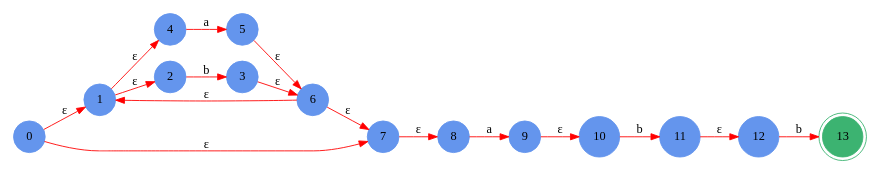
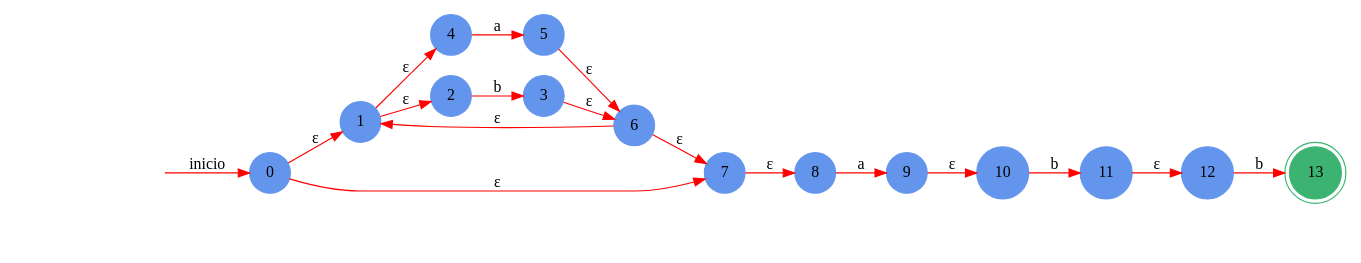
One commit to fcpauldiaz-archive/Automata changed the diagram in GeneracionAutomatas/afn.dot. Above: the diagram before and after it, drawn with Graphviz. The commit also changed 13 other files, not shown here.

```diff
--- a/GeneracionAutomatas/afn.dot
+++ b/GeneracionAutomatas/afn.dot
@@ -1,23 +1,26 @@
 digraph automata_finito {
 	rankdir=LR;
-	size="9,5"
+	size="14,5"
 	node [shape=doublecircle, style = filled,color = mediumseagreen]; 13;
 	node [shape=circle];
 	node [color=cornflowerblue];
-	edge [color=red]	0 -> 1 [label="ε"];
+	edge [color=red];
+	 secret_node [style=invis];
+	secret_node -> 0 [label="inicio"];
+	0 -> 1 [label="ε"];
 	0 -> 7 [label="ε"];
 	1 -> 4 [label="ε"];
 	1 -> 2 [label="ε"];
 	2 -> 3 [label="b"];
 	3 -> 6 [label="ε"];
 	4 -> 5 [label="a"];
 	5 -> 6 [label="ε"];
 	6 -> 1 [label="ε"];
 	6 -> 7 [label="ε"];
 	7 -> 8 [label="ε"];
 	8 -> 9 [label="a"];
 	9 -> 10 [label="ε"];
 	10 -> 11 [label="b"];
 	11 -> 12 [label="ε"];
 	12 -> 13 [label="b"];
 }
```
